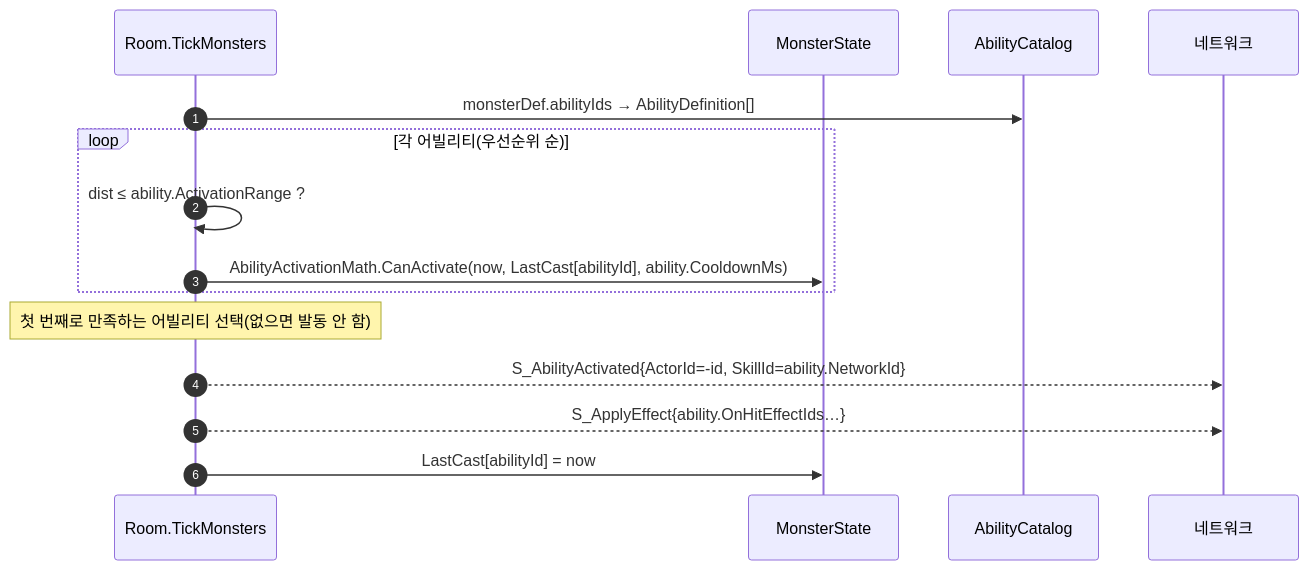
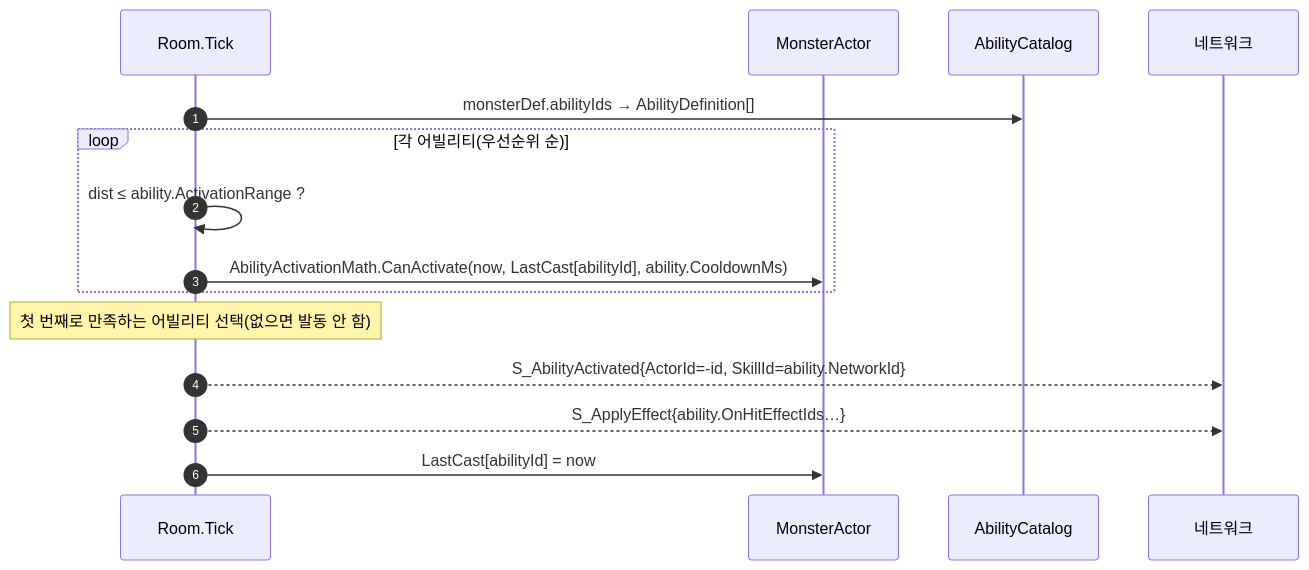
One commit to SeoBYP/Multiplay-ActionRPG-Unity changed the second of 2 diagrams in docs/wiki/ability-so-authoring.md. Above: the diagram before and after it, drawn with Mermaid. The commit also changed other lines of this file and 89 other files, not shown here.

````diff
--- a/docs/wiki/ability-so-authoring.md
+++ b/docs/wiki/ability-so-authoring.md
@@ -150,18 +150,18 @@
 ```mermaid
 sequenceDiagram
     autonumber
-    participant RT as Room.TickMonsters
-    participant MS as MonsterState
+    participant RT as Room.Tick
+    participant MS as MonsterActor
     participant CAT as AbilityCatalog
     participant Net as 네트워크
 
     RT->>CAT: monsterDef.abilityIds → AbilityDefinition[]
     loop 각 어빌리티(우선순위 순)
         RT->>RT: dist ≤ ability.ActivationRange ?
         RT->>MS: AbilityActivationMath.CanActivate(now, LastCast[abilityId], ability.CooldownMs)
     end
     Note over RT: 첫 번째로 만족하는 어빌리티 선택(없으면 발동 안 함)
     RT-->>Net: S_AbilityActivated{ActorId=-id, SkillId=ability.NetworkId}
     RT-->>Net: S_ApplyEffect{ability.OnHitEffectIds…}
     RT->>MS: LastCast[abilityId] = now
 ```
````
